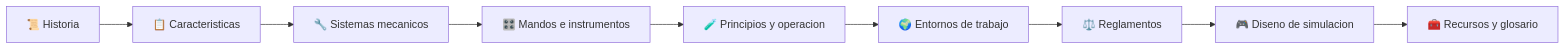
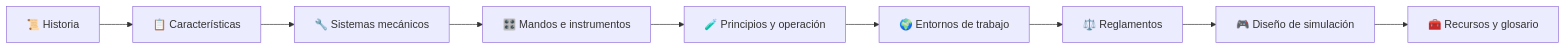
One commit to vladimiracunadev-create/machine-operator-program changed the first of 2 diagrams in docs/08-guia-de-estilo-y-curso.md. Above: the diagram before and after it, drawn with Mermaid. The commit also changed other lines of this file and 442 other files, not shown here.

````diff
--- a/docs/08-guia-de-estilo-y-curso.md
+++ b/docs/08-guia-de-estilo-y-curso.md
@@ -19,11 +19,11 @@
 ```mermaid
 flowchart LR
-    H[📜 Historia] --> C[📋 Caracteristicas]
-    C --> S[🔧 Sistemas mecanicos]
+    H[📜 Historia] --> C[📋 Características]
+    C --> S[🔧 Sistemas mecánicos]
     S --> M[🎛️ Mandos e instrumentos]
-    M --> P[🧪 Principios y operacion]
+    M --> P[🧪 Principios y operación]
     P --> E[🌍 Entornos de trabajo]
     E --> R[⚖️ Reglamentos]
-    R --> D[🎮 Diseno de simulacion]
+    R --> D[🎮 Diseño de simulación]
     D --> X[🧰 Recursos y glosario]
 ```
````
